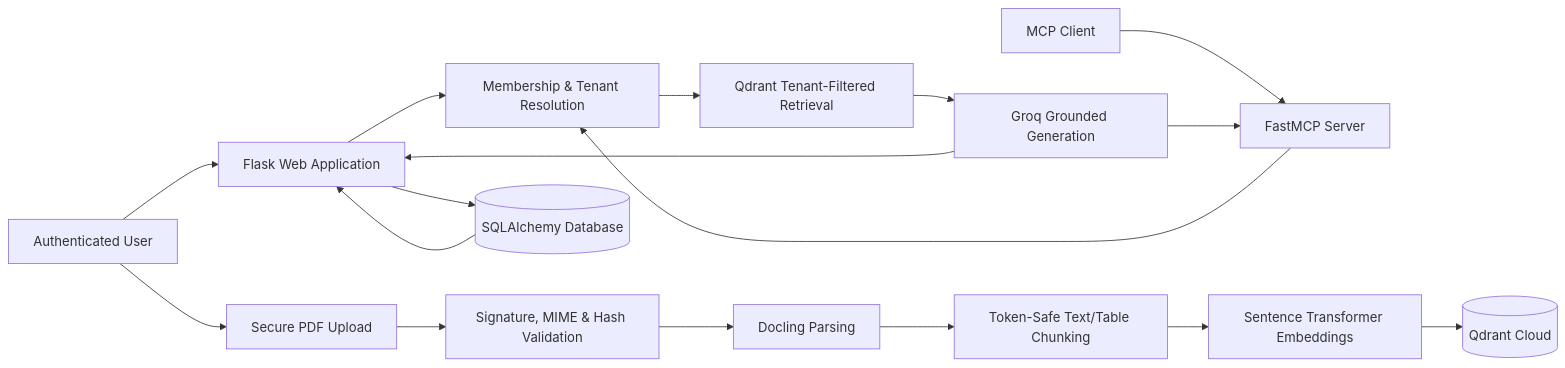
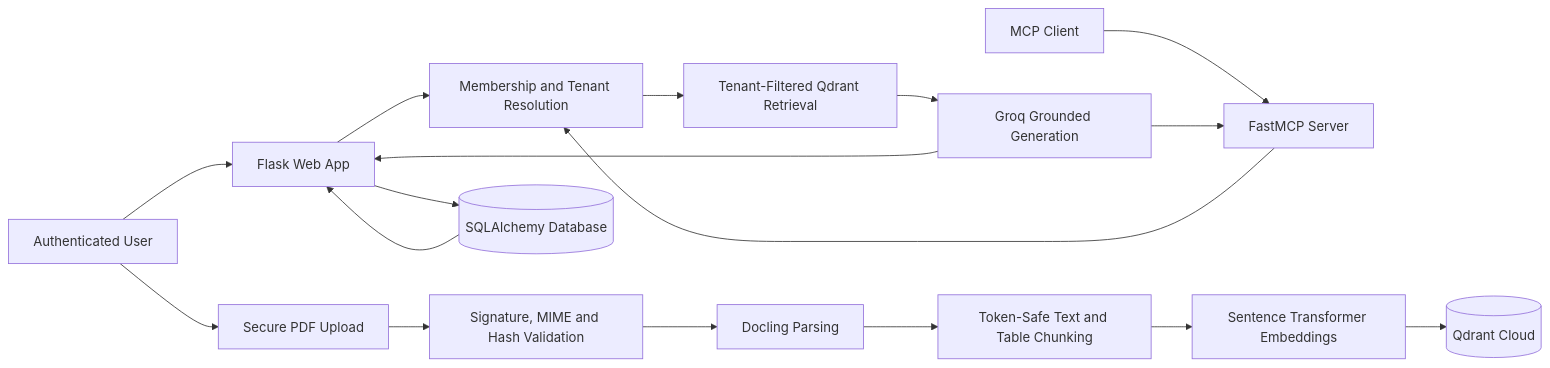
One commit to IhabAltekreeti/vaultify changed the diagram in README.md. Above: the diagram before and after it, drawn with Mermaid. The commit also changed other lines of this file, not shown here.

Commit message:
Fix Mermaid architecture diagram rendering

````diff
--- a/README.md
+++ b/README.md
@@ -105,23 +105,23 @@
 ```mermaid
 flowchart LR
-    U[Authenticated User] --> W[Flask Web Application]
-    M[MCP Client] --> S[FastMCP Server]
+    user["Authenticated User"] --> web["Flask Web App"]
+    client["MCP Client"] --> mcp["FastMCP Server"]
 
-    W --> A[Membership & Tenant Resolution]
-    S --> A
+    web --> tenant["Membership and Tenant Resolution"]
+    mcp --> tenant
 
-    A --> Q[Qdrant Tenant-Filtered Retrieval]
-    Q --> G[Groq Grounded Generation]
-    G --> W
-    G --> S
+    tenant --> search["Tenant-Filtered Qdrant Retrieval"]
+    search --> llm["Groq Grounded Generation"]
+    llm --> web
+    llm --> mcp
 
-    U --> P[Secure PDF Upload]
-    P --> V[Signature, MIME & Hash Validation]
-    V --> D[Docling Parsing]
-    D --> C[Token-Safe Text/Table Chunking]
-    C --> E[Sentence Transformer Embeddings]
-    E --> QD[(Qdrant Cloud)]
+    user --> upload["Secure PDF Upload"]
+    upload --> validation["Signature, MIME and Hash Validation"]
+    validation --> parsing["Docling Parsing"]
+    parsing --> chunking["Token-Safe Text and Table Chunking"]
+    chunking --> embedding["Sentence Transformer Embeddings"]
+    embedding --> qdrant[("Qdrant Cloud")]
 
-    DB[(SQLAlchemy Database)] --> W
-    W --> DB
+    database[("SQLAlchemy Database")] --> web
+    web --> database
 ```
````
